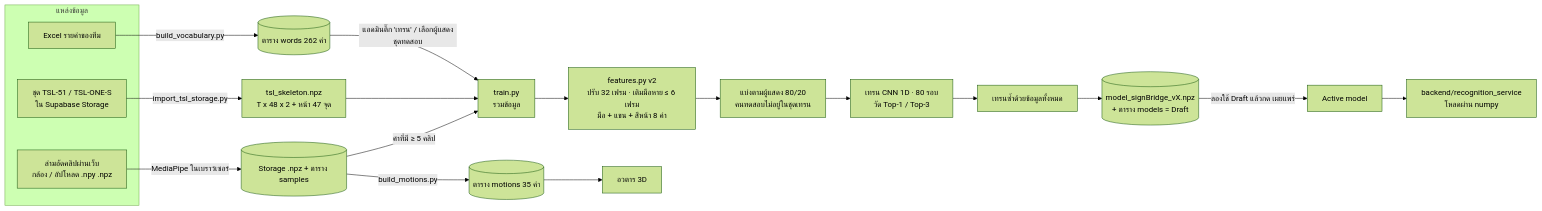
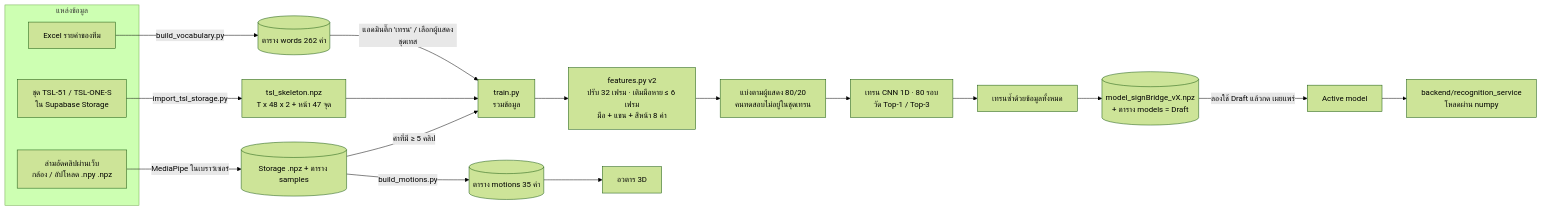
One commit to ArayaKositkrai/SignBridge_TH changed the first of 2 diagrams in docs/PROJECT_STATUS.md. Above: the diagram before and after it, drawn with Mermaid (forest theme). The commit also changed other lines of this file and 33 other files, not shown here.

````diff
--- a/docs/PROJECT_STATUS.md
+++ b/docs/PROJECT_STATUS.md
@@ -46,26 +46,26 @@
 ```mermaid
 flowchart LR
   subgraph SRC[แหล่งข้อมูล]
     A1[ชุด TSL-51 / TSL-ONE-S<br/>ใน Supabase Storage]
     A2[ล่ามอัดคลิปผ่านเว็บ<br/>กล้อง / อัปโหลด .npy .npz]
     A3[Excel รายคำของทีม]
   end
 
   A1 -->|import_tsl_storage.py| B1[tsl_skeleton.npz<br/>T x 48 x 2 + หน้า 47 จุด]
   A2 -->|MediaPipe ในเบราว์เซอร์| B2[(Storage .npz + ตาราง samples)]
   A3 -->|build_vocabulary.py| B3[(ตาราง words 262 คำ)]
 
-  B3 -->|แอดมินติ๊ก 'เทรน' / เลือกผู้แสดงชุดทดสอบ| C
+  B3 -->|แอดมินติ๊ก 'เทรน' / เลือกผู้แสดงชุดเทส| C
   B1 --> C[train.py<br/>รวมข้อมูล]
   B2 -->|คำที่มี ≥ 5 คลิป| C
 
   C --> D[features.py v2<br/>ปรับ 32 เฟรม · เติมมือหาย ≤ 6 เฟรม<br/>มือ + แขน + สีหน้า 8 ค่า]
   D --> E[แบ่งตามผู้แสดง 80/20<br/>คนทดสอบไม่อยู่ในชุดเทรน]
   E --> F[เทรน CNN 1D · 80 รอบ<br/>วัด Top-1 / Top-3]
   F --> G[เทรนซ้ำด้วยข้อมูลทั้งหมด]
   G --> H[(model_signBridge_vX.npz<br/>+ ตาราง models = Draft)]
   H -->|ลองใช้ Draft แล้วกด เผยแพร่| I[Active model]
   I --> J[backend/recognition_service<br/>โหลดผ่าน numpy]
 
   B2 -->|build_motions.py| K[(ตาราง motions 35 คำ)] --> L[อวตาร 3D]
 ```
````
